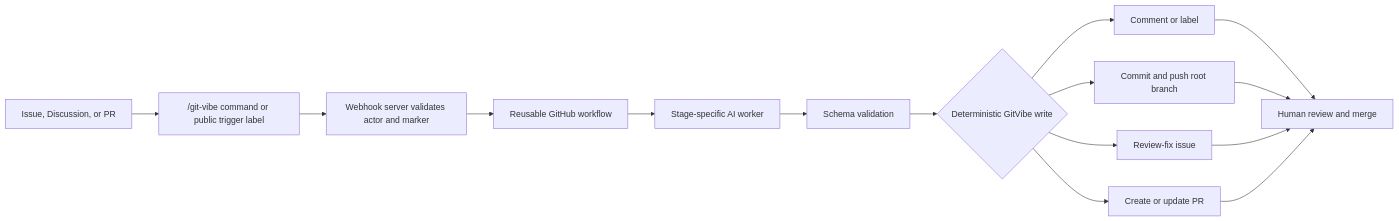
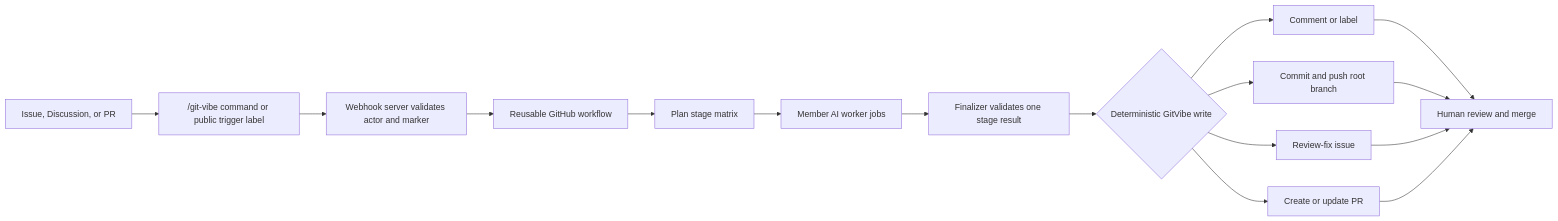
Before and after one commit to markhuangai/git-vibe: the diagram in README.md, drawn with Mermaid. The commit also changed other lines of this file and 38 other files, not shown here.

````diff
--- a/README.md
+++ b/README.md
@@ -58,17 +58,18 @@
 ```mermaid
 flowchart LR
   A[Issue, Discussion, or PR] --> B["/git-vibe command or public trigger label"]
   B --> C[Webhook server validates actor and marker]
   C --> D[Reusable GitHub workflow]
-  D --> E[Stage-specific AI worker]
-  E --> F[Schema validation]
-  F --> G{Deterministic GitVibe write}
-  G --> H[Comment or label]
-  G --> I[Commit and push root branch]
-  G --> J[Review-fix issue]
-  G --> K[Create or update PR]
-  H --> L[Human review and merge]
-  I --> L
-  J --> L
-  K --> L
+  D --> E[Plan stage matrix]
+  E --> F[Member AI worker jobs]
+  F --> G[Finalizer validates one stage result]
+  G --> H{Deterministic GitVibe write}
+  H --> I[Comment or label]
+  H --> J[Commit and push root branch]
+  H --> K[Review-fix issue]
+  H --> L[Create or update PR]
+  I --> M[Human review and merge]
+  J --> M
+  K --> M
+  L --> M
 ```
````
